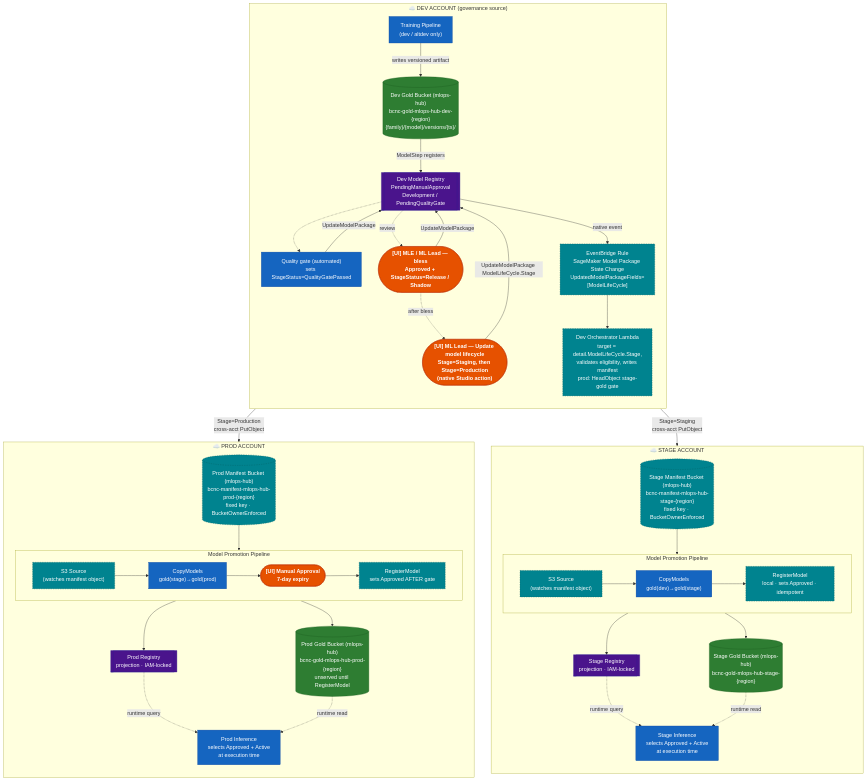
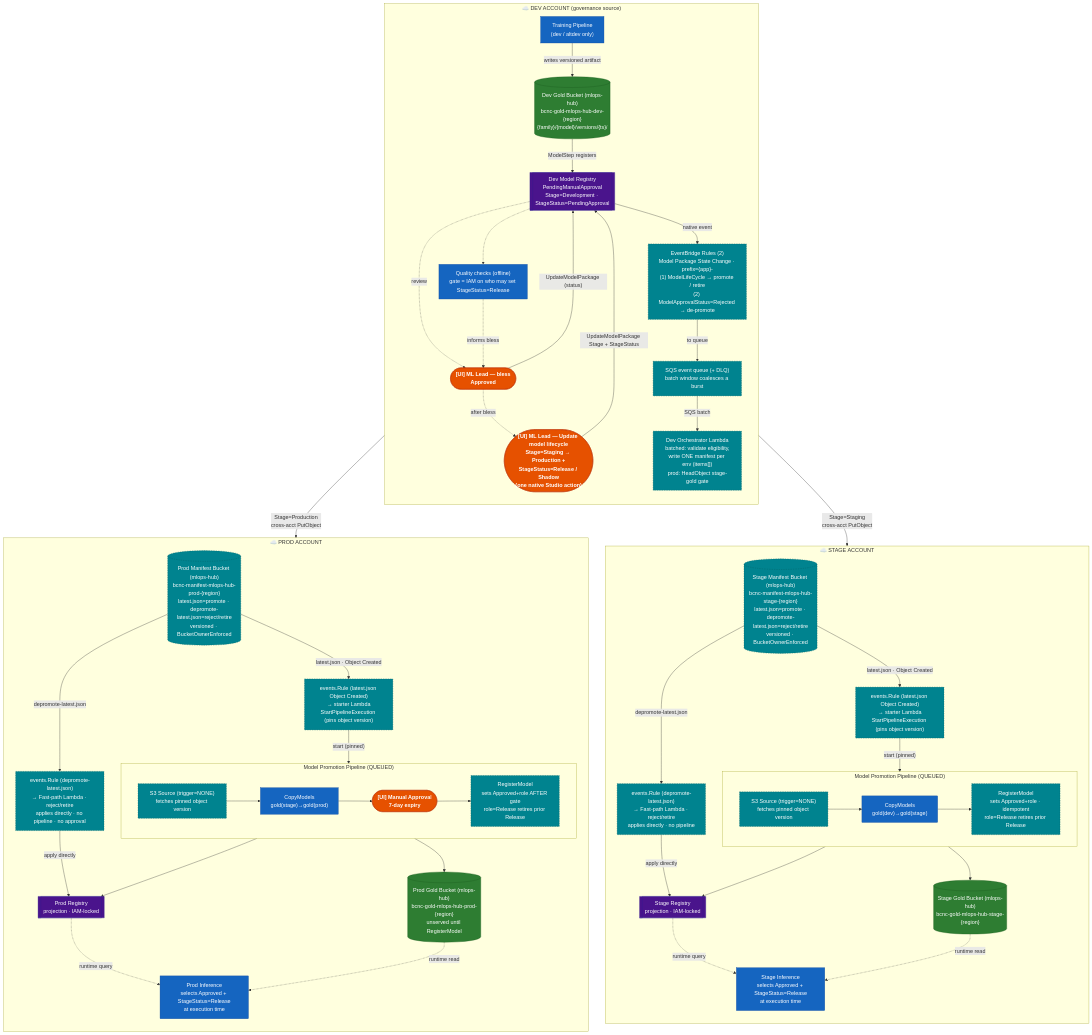
One commit to schilker/public changed the first of 6 diagrams in test.md. Above: the diagram before and after it, drawn with Mermaid. The commit also changed other lines of this file, not shown here.

````diff
--- a/test.md
+++ b/test.md
@@ -200,42 +189,47 @@
         direction TB
         TRAIN["Training Pipeline\n(dev / altdev only)"]
         DEVGOLD[("Dev Gold Bucket (mlops-hub)\nbcnc-gold-mlops-hub-dev-{region}\n{family}/{model}/versions/{ts}/")]
-        DEVREG[["Dev Model Registry\nPendingManualApproval\nDevelopment / PendingQualityGate"]]
+        DEVREG[["Dev Model Registry\nPendingManualApproval\nStage=Development · StageStatus=PendingApproval"]]
         TRAIN -- "writes versioned artifact" --> DEVGOLD
         DEVGOLD -- "ModelStep registers" --> DEVREG
 
-        QG["Quality gate (automated)\nsets StageStatus=QualityGatePassed"]
+        QG["Quality checks (offline)\ngate = IAM on who may set StageStatus=Release"]
         DEVREG -. " " .-> QG
-        QG -- "UpdateModelPackage" --> DEVREG
 
-        APPROVE(["[UI] MLE / ML Lead — bless\nApproved + StageStatus=Release / Shadow"])
+        APPROVE(["[UI] ML Lead — bless\nApproved"])
         DEVREG -. "review" .-> APPROVE
-        APPROVE -- "UpdateModelPackage" --> DEVREG
+        QG -. "informs bless" .-> APPROVE
+        APPROVE -- "UpdateModelPackage (status)" --> DEVREG
 
-        PROMOTE(["[UI] ML Lead — Update model lifecycle\nStage=Staging, then Stage=Production\n(native Studio action)"])
-        EB["EventBridge Rule\nSageMaker Model Package State Change\nUpdatedModelPackageFields=[ModelLifeCycle]"]
-        ORCH["Dev Orchestrator Lambda\ntarget = detail.ModelLifeCycle.Stage,\nvalidates eligibility, writes manifest\nprod: HeadObject stage-gold gate"]
+        PROMOTE(["[UI] ML Lead — Update model lifecycle\nStage=Staging → Production +\nStageStatus=Release / Shadow\n(one native Studio action)"])
+        EB["EventBridge Rules (2)\nModel Package State Change · prefix={app}-\n(1) ModelLifeCycle → promote / retire\n(2) ModelApprovalStatus=Rejected → de-promote"]
+        EVQ["SQS event queue (+ DLQ)\nbatch window coalesces a burst"]
+        ORCH["Dev Orchestrator Lambda\nbatched: validate eligibility,\nwrite ONE manifest per env (items[])\nprod: HeadObject stage-gold gate"]
 
         APPROVE -. "after bless" .-> PROMOTE
-        PROMOTE -- "UpdateModelPackage ModelLifeCycle.Stage" --> DEVREG
+        PROMOTE -- "UpdateModelPackage Stage + StageStatus" --> DEVREG
         DEVREG -- "native event" --> EB
-        EB --> ORCH
+        EB -- "to queue" --> EVQ
+        EVQ -- "SQS batch" --> ORCH
     end
 
     subgraph STAGE["☁️  STAGE ACCOUNT"]
         direction TB
-        STAGEMAN[("Stage Manifest Bucket (mlops-hub)\nbcnc-manifest-mlops-hub-stage-{region}\nfixed key · BucketOwnerEnforced")]
-        subgraph SP["Model Promotion Pipeline"]
+        STAGEMAN[("Stage Manifest Bucket (mlops-hub)\nbcnc-manifest-mlops-hub-stage-{region}\nlatest.json=promote · depromote-latest.json=reject/retire\nversioned · BucketOwnerEnforced")]
+        STAGESTART["events.Rule (latest.json Object Created)\n→ starter Lambda\nStartPipelineExecution (pins object version)"]
+        subgraph SP["Model Promotion Pipeline (QUEUED)"]
             direction LR
-            SS1["S3 Source\n(watches manifest object)"]
+            SS1["S3 Source (trigger=NONE)\nfetches pinned object version"]
             SS2["CopyModels\ngold(dev)→gold(stage)"]
-            SS3["RegisterModel\nlocal · sets Approved · idempotent"]
+            SS3["RegisterModel\nsets Approved+role · idempotent\nrole=Release retires prior Release"]
             SS1 --> SS2 --> SS3
         end
         STAGEGOLD[("Stage Gold Bucket (mlops-hub)\nbcnc-gold-mlops-hub-stage-{region}")]
         STAGEREG[["Stage Registry\nprojection · IAM-locked"]]
-        STAGEINF["Stage Inference\nselects Approved + Active\nat execution time"]
-        STAGEMAN --> SS1
+        STAGEINF["Stage Inference\nselects Approved + StageStatus=Release\nat execution time"]
+        STAGEFAST["events.Rule (depromote-latest.json)\n→ Fast-path Lambda · reject/retire\napplies directly · no pipeline"]
+        STAGEMAN -- "latest.json · Object Created" --> STAGESTART -- "start (pinned)" --> SS1
+        STAGEMAN -- "depromote-latest.json" --> STAGEFAST -- "apply directly" --> STAGEREG
         SS2 --> STAGEGOLD
         SS3 --> STAGEREG
         STAGEREG -. "runtime query" .-> STAGEINF
@@ -244,19 +238,22 @@
 
     subgraph PROD["☁️  PROD ACCOUNT"]
         direction TB
-        PRODMAN[("Prod Manifest Bucket (mlops-hub)\nbcnc-manifest-mlops-hub-prod-{region}\nfixed key · BucketOwnerEnforced")]
-        subgraph PP["Model Promotion Pipeline"]
+        PRODMAN[("Prod Manifest Bucket (mlops-hub)\nbcnc-manifest-mlops-hub-prod-{region}\nlatest.json=promote · depromote-latest.json=reject/retire\nversioned · BucketOwnerEnforced")]
+        PRODSTART["events.Rule (latest.json Object Created)\n→ starter Lambda\nStartPipelineExecution (pins object version)"]
+        subgraph PP["Model Promotion Pipeline (QUEUED)"]
             direction LR
-            PP1["S3 Source\n(watches manifest object)"]
+            PP1["S3 Source (trigger=NONE)\nfetches pinned object version"]
             PP2["CopyModels\ngold(stage)→gold(prod)"]
             PP4(["[UI] Manual Approval\n7-day expiry"])
-            PP3["RegisterModel\nsets Approved AFTER gate"]
+            PP3["RegisterModel\nsets Approved+role AFTER gate\nrole=Release retires prior Release"]
             PP1 --> PP2 --> PP4 --> PP3
         end
         PRODGOLD[("Prod Gold Bucket (mlops-hub)\nbcnc-gold-mlops-hub-prod-{region}\nunserved until RegisterModel")]
         PRODREG[["Prod Registry\nprojection · IAM-locked"]]
-        PRODINF["Prod Inference\nselects Approved + Active\nat execution time"]
-        PRODMAN --> PP1
+        PRODINF["Prod Inference\nselects Approved + StageStatus=Release\nat execution time"]
+        PRODFAST["events.Rule (depromote-latest.json)\n→ Fast-path Lambda · reject/retire\napplies directly · no pipeline · no approval"]
+        PRODMAN -- "latest.json · Object Created" --> PRODSTART -- "start (pinned)" --> PP1
+        PRODMAN -- "depromote-latest.json" --> PRODFAST -- "apply directly" --> PRODREG
         PP2 --> PRODGOLD
         PP3 --> PRODREG
         PRODREG -. "runtime query" .-> PRODINF
@@ -268,7 +265,7 @@
 
     class APPROVE,PROMOTE,PP4 human
     class TRAIN,QG,SS2,PP2,STAGEINF,PRODINF auto
-    class EB,ORCH,SS1,SS3,PP1,PP3,STAGEMAN,PRODMAN new
+    class EB,EVQ,ORCH,STAGESTART,PRODSTART,STAGEFAST,PRODFAST,SS1,SS3,PP1,PP3,STAGEMAN,PRODMAN new
     class DEVGOLD,STAGEGOLD,PRODGOLD store
     class DEVREG,STAGEREG,PRODREG reg
 ```
````
